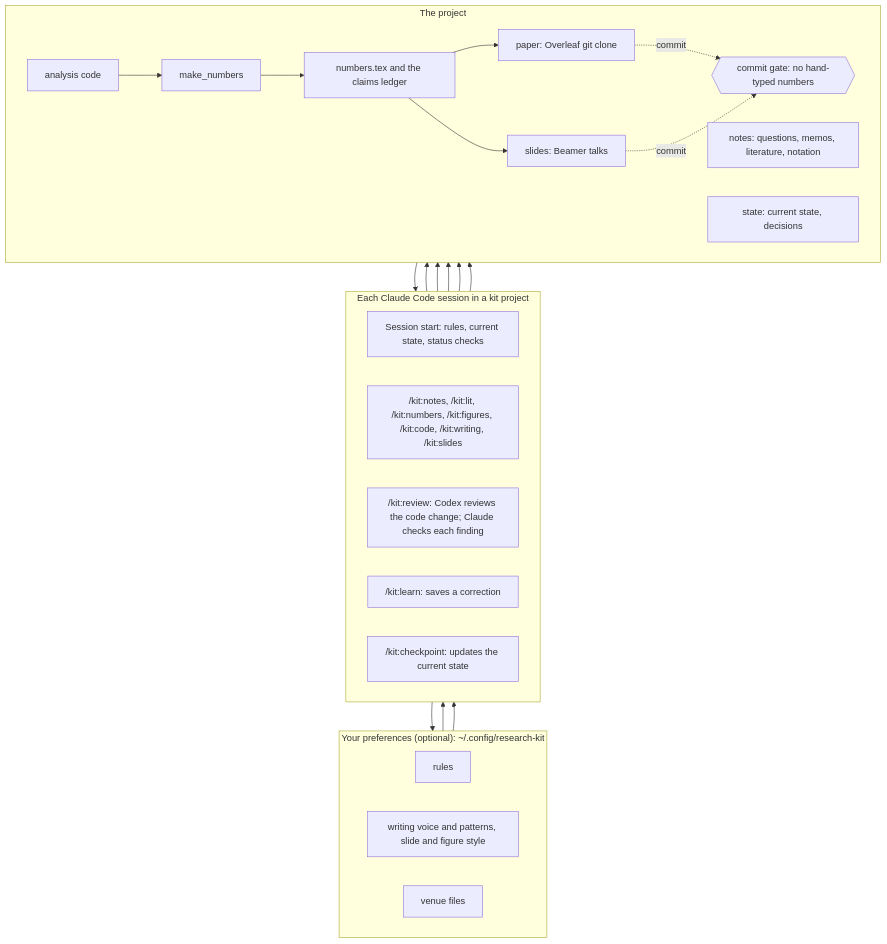
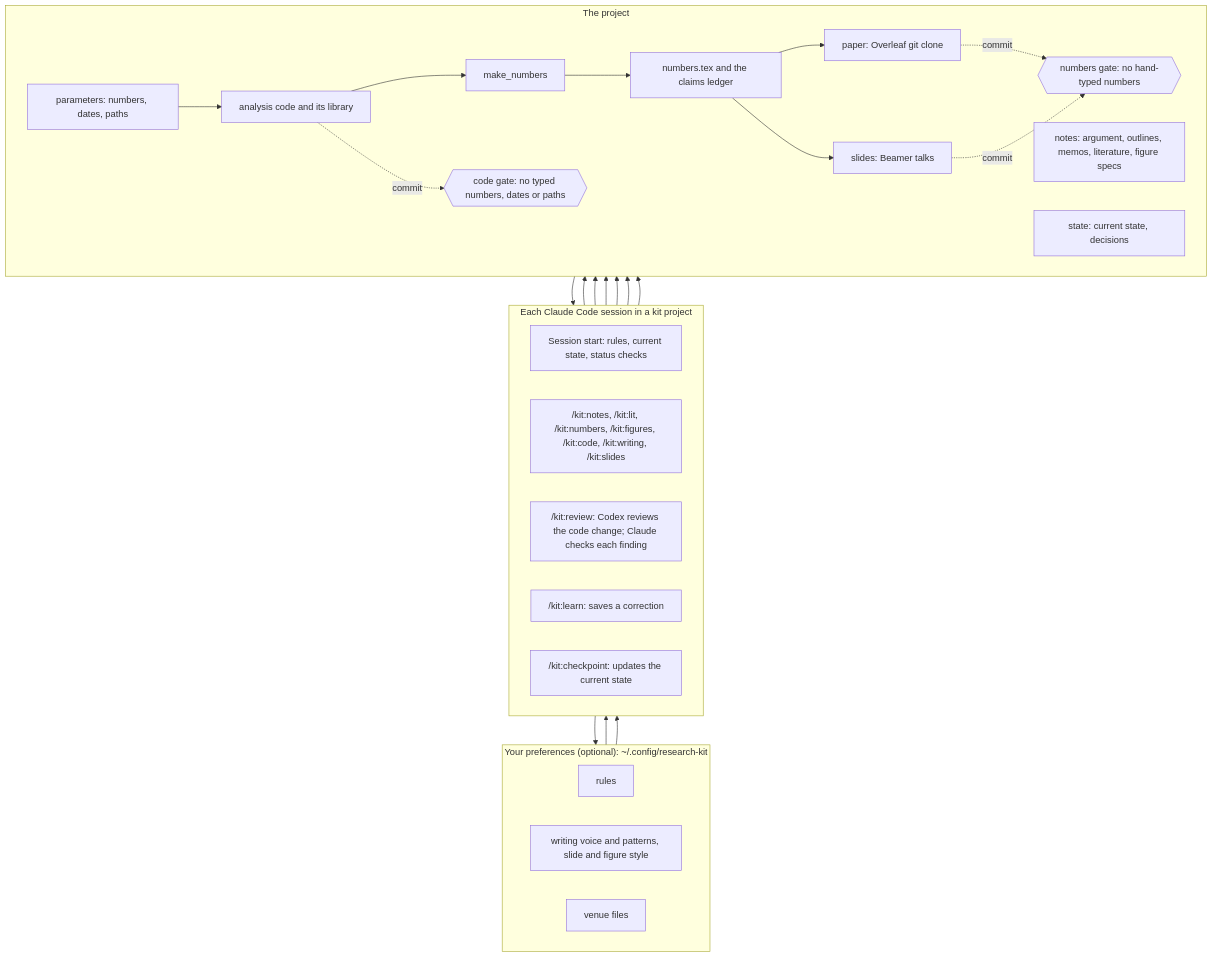
One commit to zjelveh/research-kit changed the diagram in README.md. Above: the diagram before and after it, drawn with Mermaid. The commit also changed other lines of this file, not shown here.

Commit message:
README: analysis code and parameters, figures and prose, and how an older project adopts the parameter files and the code gate

````diff
--- a/README.md
+++ b/README.md
@@ -9,45 +9,49 @@
 ```mermaid
 flowchart TB
     subgraph you["Your preferences (optional): ~/.config/research-kit"]
         direction LR
         prules["rules"]
         pvoice["writing voice and patterns, slide and figure style"]
         pvenue["venue files"]
     end
 
     subgraph session["Each Claude Code session in a kit project"]
         direction LR
         start["Session start: rules, current state, status checks"]
         skills["/kit:notes, /kit:lit, /kit:numbers, /kit:figures, /kit:code, /kit:writing, /kit:slides"]
         review["/kit:review: Codex reviews the code change; Claude checks each finding"]
         learn["/kit:learn: saves a correction"]
         checkpoint["/kit:checkpoint: updates the current state"]
     end
 
     subgraph project["The project"]
         direction LR
-        code["analysis code"]
+        params["parameters: numbers, dates, paths"]
+        code["analysis code and its library"]
         make["make_numbers"]
         numbers["numbers.tex and the claims ledger"]
         paper["paper: Overleaf git clone"]
         talks["slides: Beamer talks"]
-        notes["notes: questions, memos, literature, notation"]
+        notes["notes: argument, outlines, memos, literature, figure specs"]
         state["state: current state, decisions"]
-        gate{{"commit gate: no hand-typed numbers"}}
-        code --> make --> numbers
+        codegate{{"code gate: no typed numbers, dates or paths"}}
+        gate{{"numbers gate: no hand-typed numbers"}}
+        params --> code --> make --> numbers
         numbers --> paper
         numbers --> talks
+        code -. commit .-> codegate
         paper -. commit .-> gate
         talks -. commit .-> gate
     end
 
     you --> start
     you --> skills
     learn --> you
     state --> start
     checkpoint --> state
+    skills --> code
     skills --> notes
     skills --> paper
     skills --> talks
     review --> code
 ```
````
